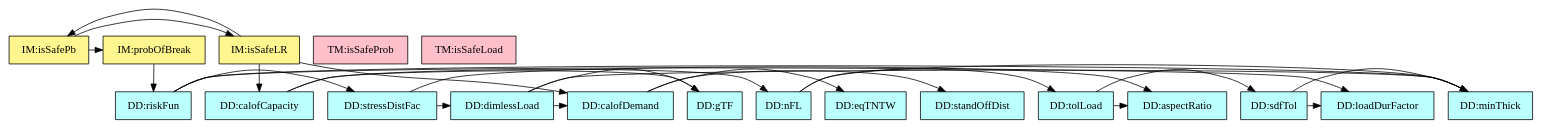
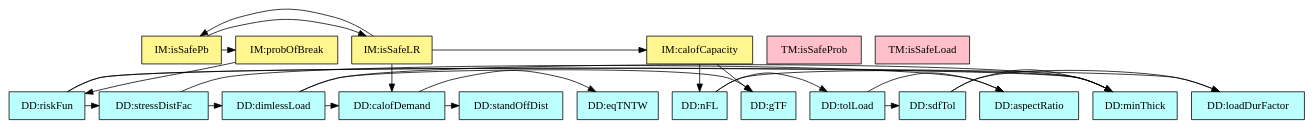
The diagram in code/stable/glassbr/TraceyGraph/refvsref.dot (JacquesCarette/Drasil), drawn with Graphviz before and after one commit. The commit also changed 22 other files, not shown here.

```diff
--- a/code/stable/glassbr/TraceyGraph/refvsref.dot
+++ b/code/stable/glassbr/TraceyGraph/refvsref.dot
@@ -1,65 +1,65 @@
 digraph refvsref {
 	riskFun -> minThick;
 	riskFun -> loadDurFactor;
 	riskFun -> stressDistFac;
 	stressDistFac -> dimlessLoad;
 	stressDistFac -> aR;
 	nFL -> minThick;
 	nFL -> tolLoad;
 	dimlessLoad -> minThick;
 	dimlessLoad -> glassTypeFac;
 	dimlessLoad -> demandq;
 	tolLoad -> sdfTol;
 	tolLoad -> aR;
 	sdfTol -> minThick;
 	sdfTol -> loadDurFactor;
-	lResistance -> nFL;
-	lResistance -> glassTypeFac;
 	demandq -> stdOffDist;
 	demandq -> eqTNTChar;
 	probBr -> riskFun;
+	lResistance -> nFL;
+	lResistance -> glassTypeFac;
 	isSafePb -> probBr;
 	isSafePb -> isSafeLR;
+	isSafeLR -> demandq;
 	isSafeLR -> lResistance;
-	isSafeLR -> demandq;
 	isSafeLR -> isSafePb;
 
 
 	riskFun	[shape=box, color=black, style=filled, fillcolor=paleturquoise1, label="DD:riskFun"];
 	minThick	[shape=box, color=black, style=filled, fillcolor=paleturquoise1, label="DD:minThick"];
 	loadDurFactor	[shape=box, color=black, style=filled, fillcolor=paleturquoise1, label="DD:loadDurFactor"];
 	stressDistFac	[shape=box, color=black, style=filled, fillcolor=paleturquoise1, label="DD:stressDistFac"];
 	nFL	[shape=box, color=black, style=filled, fillcolor=paleturquoise1, label="DD:nFL"];
 	glassTypeFac	[shape=box, color=black, style=filled, fillcolor=paleturquoise1, label="DD:gTF"];
 	dimlessLoad	[shape=box, color=black, style=filled, fillcolor=paleturquoise1, label="DD:dimlessLoad"];
 	tolLoad	[shape=box, color=black, style=filled, fillcolor=paleturquoise1, label="DD:tolLoad"];
 	sdfTol	[shape=box, color=black, style=filled, fillcolor=paleturquoise1, label="DD:sdfTol"];
 	stdOffDist	[shape=box, color=black, style=filled, fillcolor=paleturquoise1, label="DD:standOffDist"];
 	aR	[shape=box, color=black, style=filled, fillcolor=paleturquoise1, label="DD:aspectRatio"];
 	eqTNTChar	[shape=box, color=black, style=filled, fillcolor=paleturquoise1, label="DD:eqTNTW"];
-	lResistance	[shape=box, color=black, style=filled, fillcolor=paleturquoise1, label="DD:calofCapacity"];
 	demandq	[shape=box, color=black, style=filled, fillcolor=paleturquoise1, label="DD:calofDemand"];
 
 	subgraph DD {
 	rank="same"
-	{riskFun, minThick, loadDurFactor, stressDistFac, nFL, glassTypeFac, dimlessLoad, tolLoad, sdfTol, stdOffDist, aR, eqTNTChar, lResistance, demandq}
+	{riskFun, minThick, loadDurFactor, stressDistFac, nFL, glassTypeFac, dimlessLoad, tolLoad, sdfTol, stdOffDist, aR, eqTNTChar, demandq}
 	}
 
 	isSafeProb	[shape=box, color=black, style=filled, fillcolor=pink, label="TM:isSafeProb"];
 	isSafeLoad	[shape=box, color=black, style=filled, fillcolor=pink, label="TM:isSafeLoad"];
 
 	subgraph TM {
 	rank="same"
 	{isSafeProb, isSafeLoad}
 	}
 
 	probBr	[shape=box, color=black, style=filled, fillcolor=khaki1, label="IM:probOfBreak"];
+	lResistance	[shape=box, color=black, style=filled, fillcolor=khaki1, label="IM:calofCapacity"];
 	isSafePb	[shape=box, color=black, style=filled, fillcolor=khaki1, label="IM:isSafePb"];
 	isSafeLR	[shape=box, color=black, style=filled, fillcolor=khaki1, label="IM:isSafeLR"];
 
 	subgraph IM {
 	rank="same"
-	{probBr, isSafePb, isSafeLR}
+	{probBr, lResistance, isSafePb, isSafeLR}
 	}
 
 }
```
